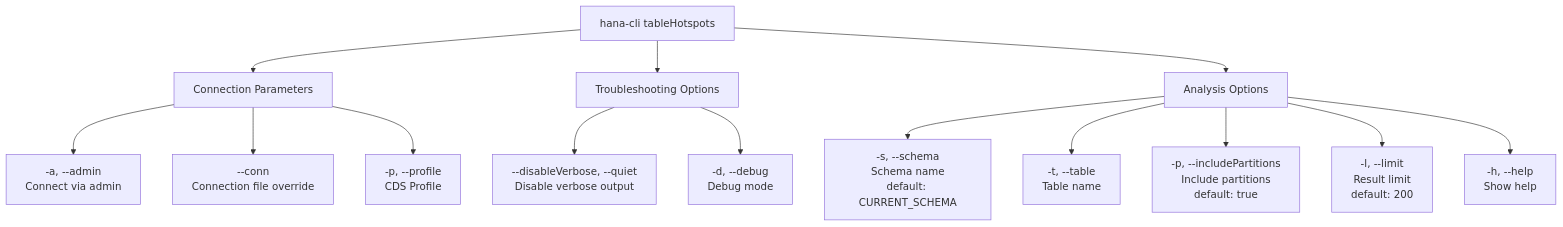
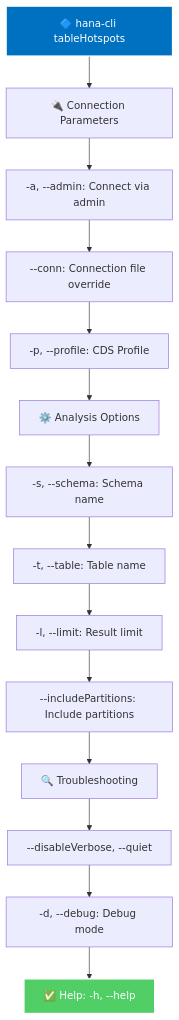
One commit to SAP-samples/hana-developer-cli-tool-example changed the diagram in docs/02-commands/analysis-tools/table-hotspots.md. Above: the diagram before and after it, drawn with Mermaid. The commit also changed 14 other files, not shown here.

Commit message:
feat: Enhance documentation with Mermaid diagrams for analysis tools; update command structures and styling

````diff
--- a/docs/02-commands/analysis-tools/table-hotspots.md
+++ b/docs/02-commands/analysis-tools/table-hotspots.md
@@ -40,19 +40,20 @@
 ```mermaid
 graph TD
-    A["hana-cli tableHotspots"] --> B["Connection Parameters"]
-    A --> C["Troubleshooting Options"]
-    A --> D["Analysis Options"]
+    A["🔷 hana-cli tableHotspots"]
+    A --> B["🔌 Connection Parameters"]
+    B --> B1["-a, --admin: Connect via admin"]
+    B1 --> B2["--conn: Connection file override"]
+    B2 --> B3["-p, --profile: CDS Profile"]
+    B3 --> C["⚙️ Analysis Options"]
+    C --> C1["-s, --schema: Schema name"]
+    C1 --> C2["-t, --table: Table name"]
+    C2 --> C3["-l, --limit: Result limit"]
+    C3 --> C4["--includePartitions: Include partitions"]
+    C4 --> D["🔍 Troubleshooting"]
+    D --> D1["--disableVerbose, --quiet"]
+    D1 --> D2["-d, --debug: Debug mode"]
+    D2 --> E["✅ Help: -h, --help"]
     
-    B --> B1["-a, --admin<br/>Connect via admin"]
-    B --> B2["--conn<br/>Connection file override"]
-    B --> B3["-p, --profile<br/>CDS Profile"]
-    
-    C --> C1["--disableVerbose, --quiet<br/>Disable verbose output"]
-    C --> C2["-d, --debug<br/>Debug mode"]
-    
-    D --> D1["-s, --schema<br/>Schema name<br/>default: CURRENT_SCHEMA"]
-    D --> D2["-t, --table<br/>Table name"]
-    D --> D3["-p, --includePartitions<br/>Include partitions<br/>default: true"]
-    D --> D4["-l, --limit<br/>Result limit<br/>default: 200"]
-    D --> D5["-h, --help<br/>Show help"]
+    style A fill:#0070C0,color:#fff,stroke:#fff,stroke-width:2px
+    style E fill:#51CF66,color:#fff,stroke:#fff,stroke-width:2px
 ```
````
